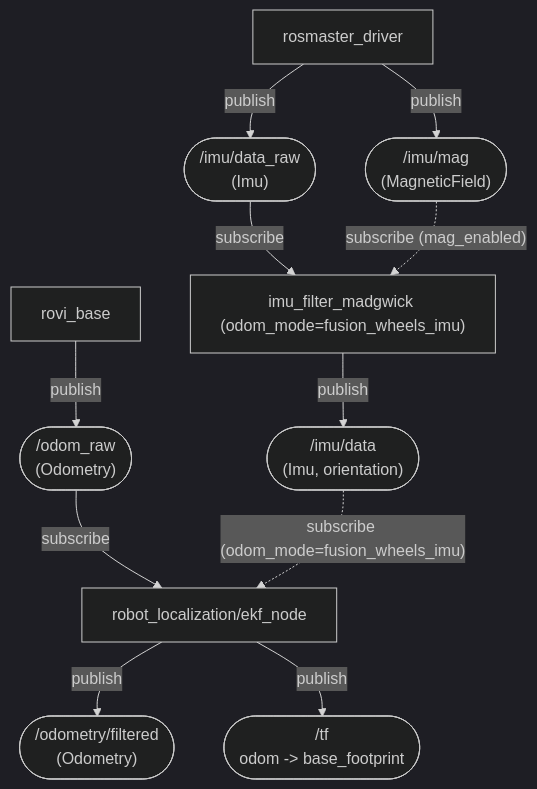
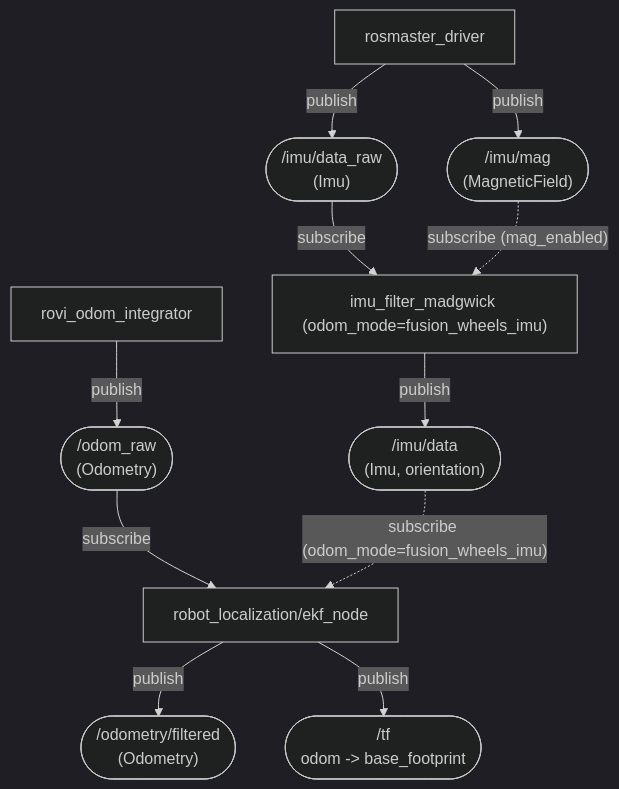
Before and after one commit to Roblibs/rovi_ros_ws: the sixth of 12 diagrams in README.md, drawn with Mermaid (dark theme). The commit also changed other lines of this file and 63 other files, not shown here.

````diff
--- a/README.md
+++ b/README.md
@@ -231,19 +231,19 @@
 ```mermaid
 flowchart TD
   Rosmaster[rosmaster_driver] -->|publish| IMU_RAW(["/imu/data_raw<br/>(Imu)"])
   Rosmaster -->|publish| MAG(["/imu/mag<br/>(MagneticField)"])
-  RoviBase[rovi_base] -->|publish| ODRAW(["/odom_raw<br/>(Odometry)"])
+  RoviOdom[rovi_odom_integrator] -->|publish| ODRAW(["/odom_raw<br/>(Odometry)"])
 
   ImuFilter["imu_filter_madgwick (odom_mode=fusion_wheels_imu)"]
   IMU_RAW -->|subscribe| ImuFilter
   MAG -.->|"subscribe (mag_enabled)"| ImuFilter
   IMU(["/imu/data<br/>(Imu, orientation)"])
   ImuFilter -->|publish| IMU
 
   EKF["robot_localization/ekf_node"]
   ODRAW -->|subscribe| EKF
   IMU -.->|"subscribe (odom_mode=fusion_wheels_imu)"| EKF
   ODOMF(["/odometry/filtered<br/>(Odometry)"])
   EKF -->|publish| ODOMF
   EKF -->|publish| TF(["/tf<br/>odom -> base_footprint"])
 ```
````
